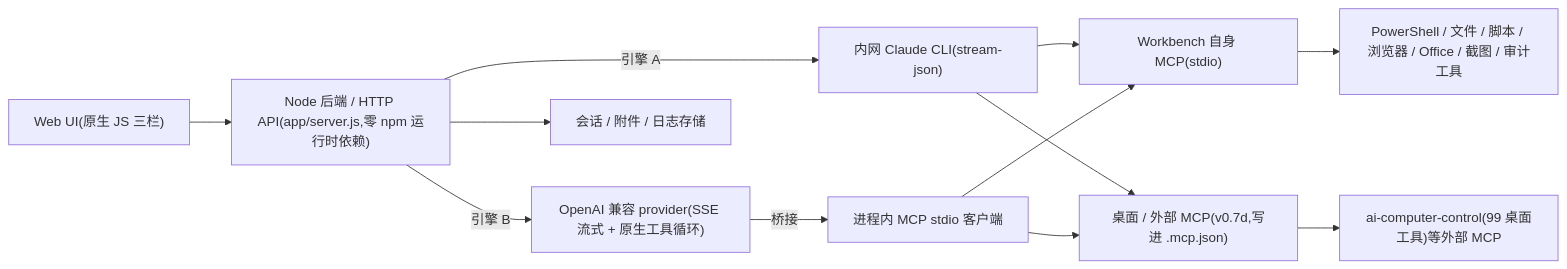
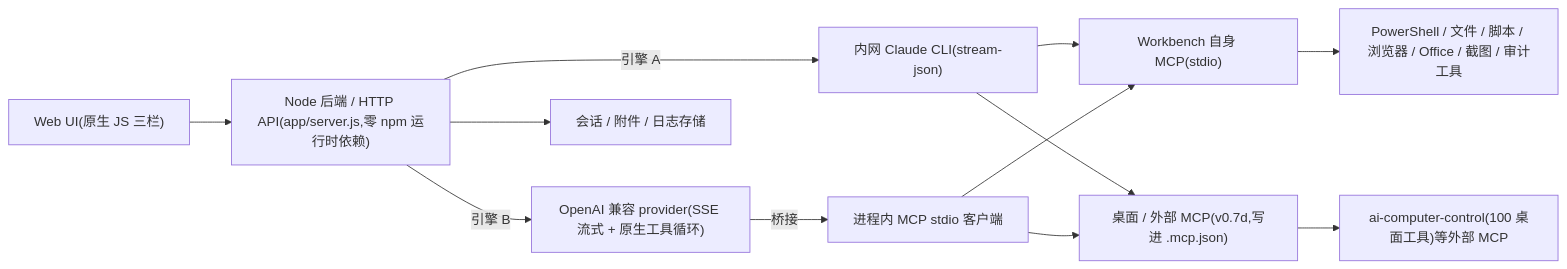
One commit to wangzhe04/ruyi-workbench-oss changed the diagram in ruyi-workbench/docs/ARCHITECTURE_CN.md. Above: the diagram before and after it, drawn with Mermaid. The commit also changed 49 other files, not shown here.

````diff
--- a/ruyi-workbench/docs/ARCHITECTURE_CN.md
+++ b/ruyi-workbench/docs/ARCHITECTURE_CN.md
@@ -9,14 +9,14 @@
 ```mermaid
 flowchart LR
   UI["Web UI(原生 JS 三栏)"] --> API["Node 后端 / HTTP API(app/server.js,零 npm 运行时依赖)"]
   API -->|引擎 A| CLI["内网 Claude CLI(stream-json)"]
   API -->|引擎 B| PROV["OpenAI 兼容 provider(SSE 流式 + 原生工具循环)"]
   API --> FS["会话 / 附件 / 日志存储"]
   CLI --> MCPself["Workbench 自身 MCP(stdio)"]
   CLI --> MCPext["桌面 / 外部 MCP(v0.7d,写进 .mcp.json)"]
   PROV -->|桥接| BRIDGE["进程内 MCP stdio 客户端"]
   BRIDGE --> MCPself
   BRIDGE --> MCPext
   MCPself --> Tools["PowerShell / 文件 / 脚本 / 浏览器 / Office / 截图 / 审计工具"]
-  MCPext --> ACC["ai-computer-control(99 桌面工具)等外部 MCP"]
+  MCPext --> ACC["ai-computer-control(100 桌面工具)等外部 MCP"]
 ```
````
